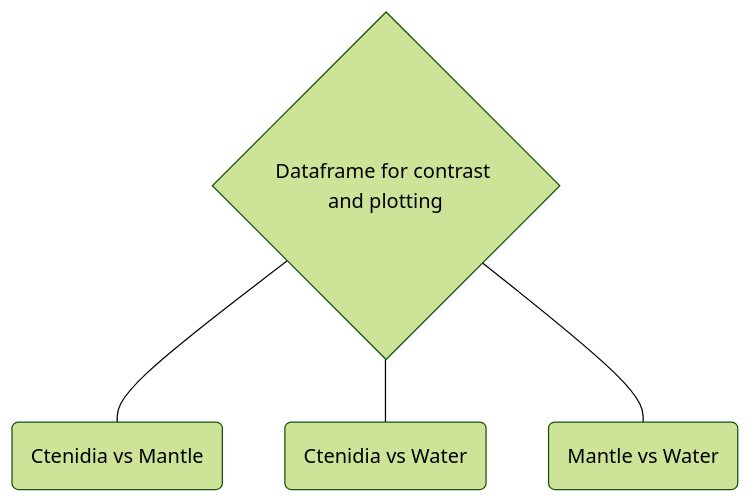
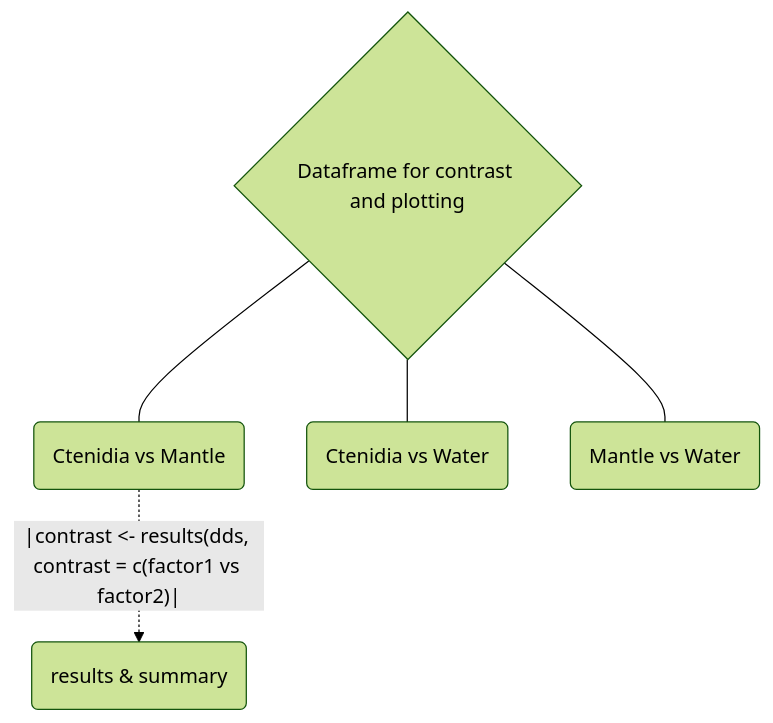
The fifth of 5 diagrams in README.md (aptejada/Mermaid-Markdown-Practice-File), drawn with Mermaid (forest theme) before and after one commit.

````diff
--- a/README.md
+++ b/README.md
@@ -79,6 +79,7 @@
 ```mermaid
 graph TD;
 A{Dataframe for contrast and plotting} ---B(Ctenidia vs Mantle) 
 A ---C(Ctenidia vs Water)
 A ---D(Mantle vs Water)
+B-. |contrast <- results(dds, contrast = c(factor1 vs factor2)| .-> E(results & summary)
 ```
````
